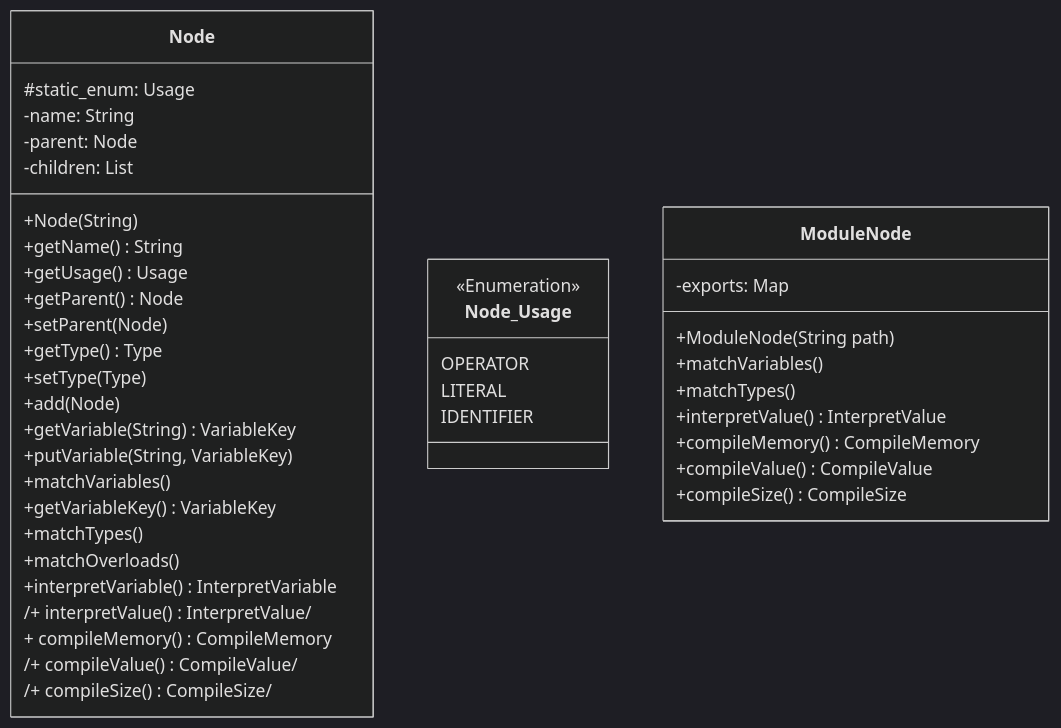
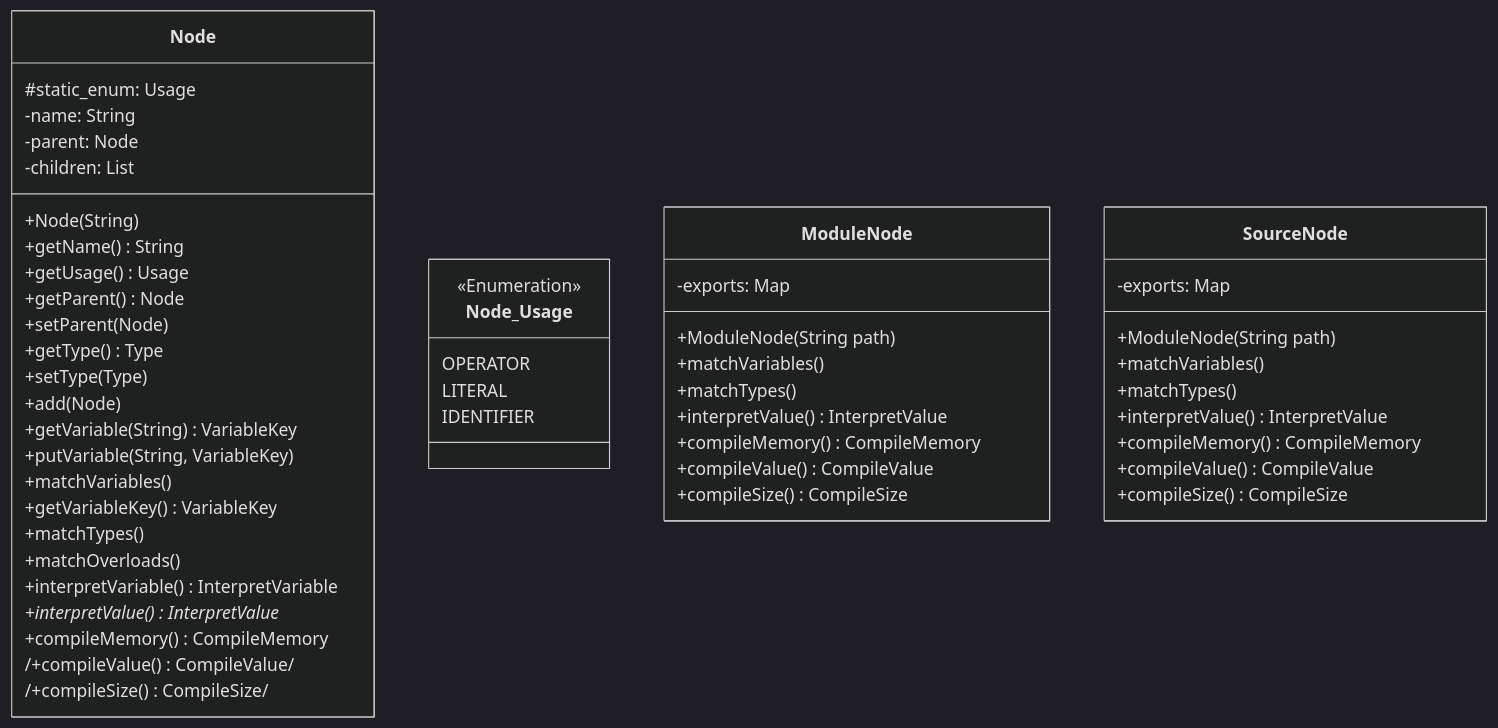
The diagram in UML1.md (Jzhyang1/Monomer), drawn with Mermaid (dark theme) before and after one commit. The commit also changed other lines of this file, not shown here.

Commit message:
UML1.md updated from https://stackedit.io/

````diff
--- a/UML1.md
+++ b/UML1.md
@@ -6,46 +6,56 @@
 ```mermaid
 classDiagram
 
 class Node{
 	#static_enum: Usage  
 	-name: String  
 	-parent: Node  
 	-children: List<Node>
 	+Node(String)  
 	+getName() String
 	+getUsage() Usage
 	+getParent() Node
 	+setParent(Node) 
 	+getType() Type
 	+setType(Type) 
 	+add(Node)  
 	+getVariable(String) VariableKey  
 	+putVariable(String, VariableKey)  
 	+matchVariables()  
 	+getVariableKey() VariableKey  
 	+matchTypes()  
 	+matchOverloads()  
 	+interpretVariable() InterpretVariable  
-	/+ interpretValue() InterpretValue/  
-	+ compileMemory() CompileMemory  
-	/+ compileValue() CompileValue/  
-	/+ compileSize() CompileSize/
+	+interpretValue()* InterpretValue
+	+compileMemory() CompileMemory  
+	/+compileValue() CompileValue/  
+	/+compileSize() CompileSize/
 }
 class Node_Usage{
 	<<Enumeration>>
 	OPERATOR
 	LITERAL
 	IDENTIFIER
 }
 
 class ModuleNode{
 	-exports: Map<String,VariableKey>
 	+ModuleNode(String path)  
 	+matchVariables()  
 	+matchTypes()  
 	+interpretValue() InterpretValue  
 	+compileMemory() CompileMemory  
 	+compileValue() CompileValue  
 	+compileSize() CompileSize
 }
+class SourceNode{
+	-exports: Map<String,VariableKey>
+	+ModuleNode(String path)  
+	+matchVariables()  
+	+matchTypes()  
+	+interpretValue() InterpretValue  
+	+compileMemory() CompileMemory  
+	+compileValue() CompileValue  
+	+compileSize() CompileSize
+}
 ```
````
